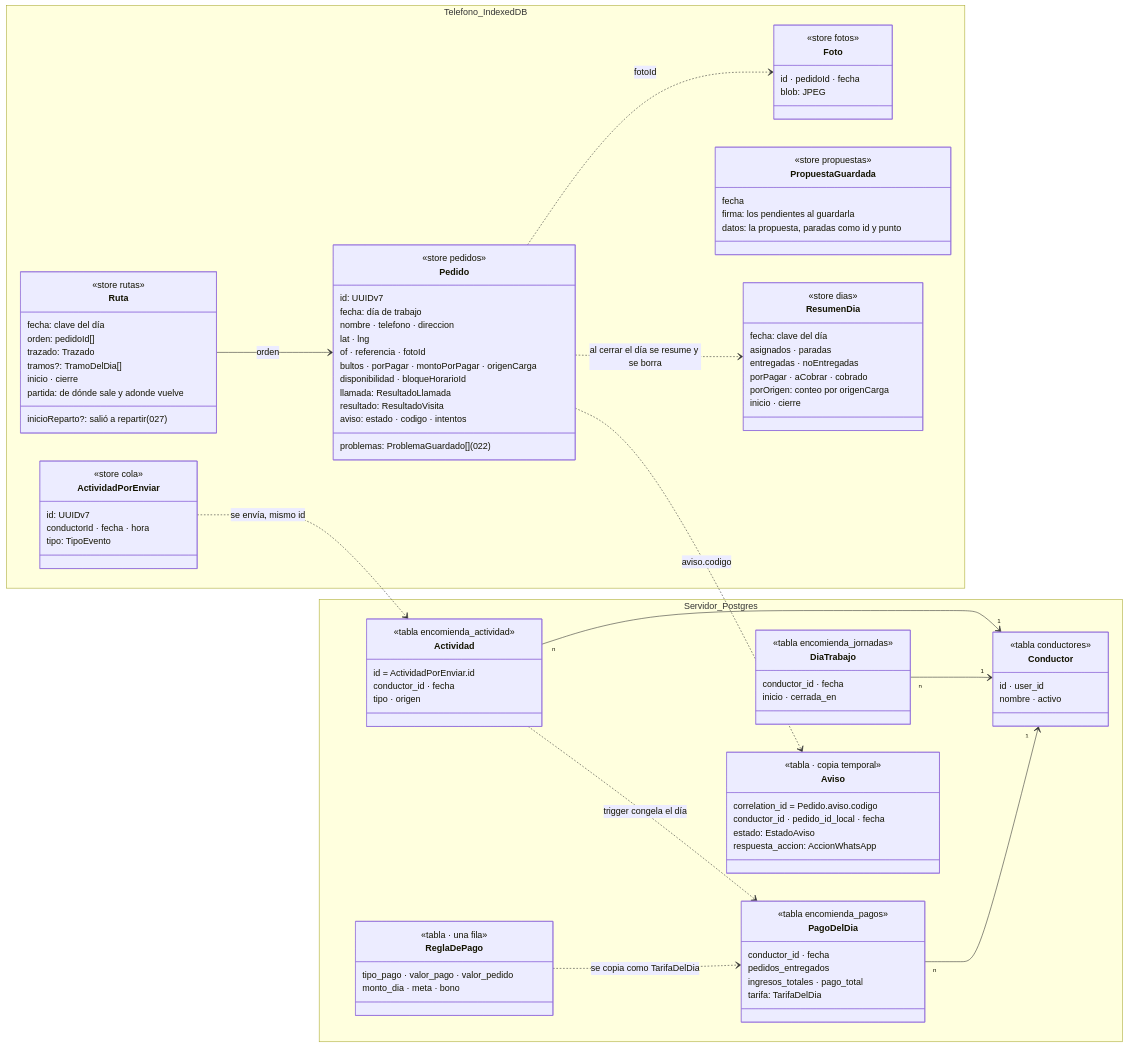
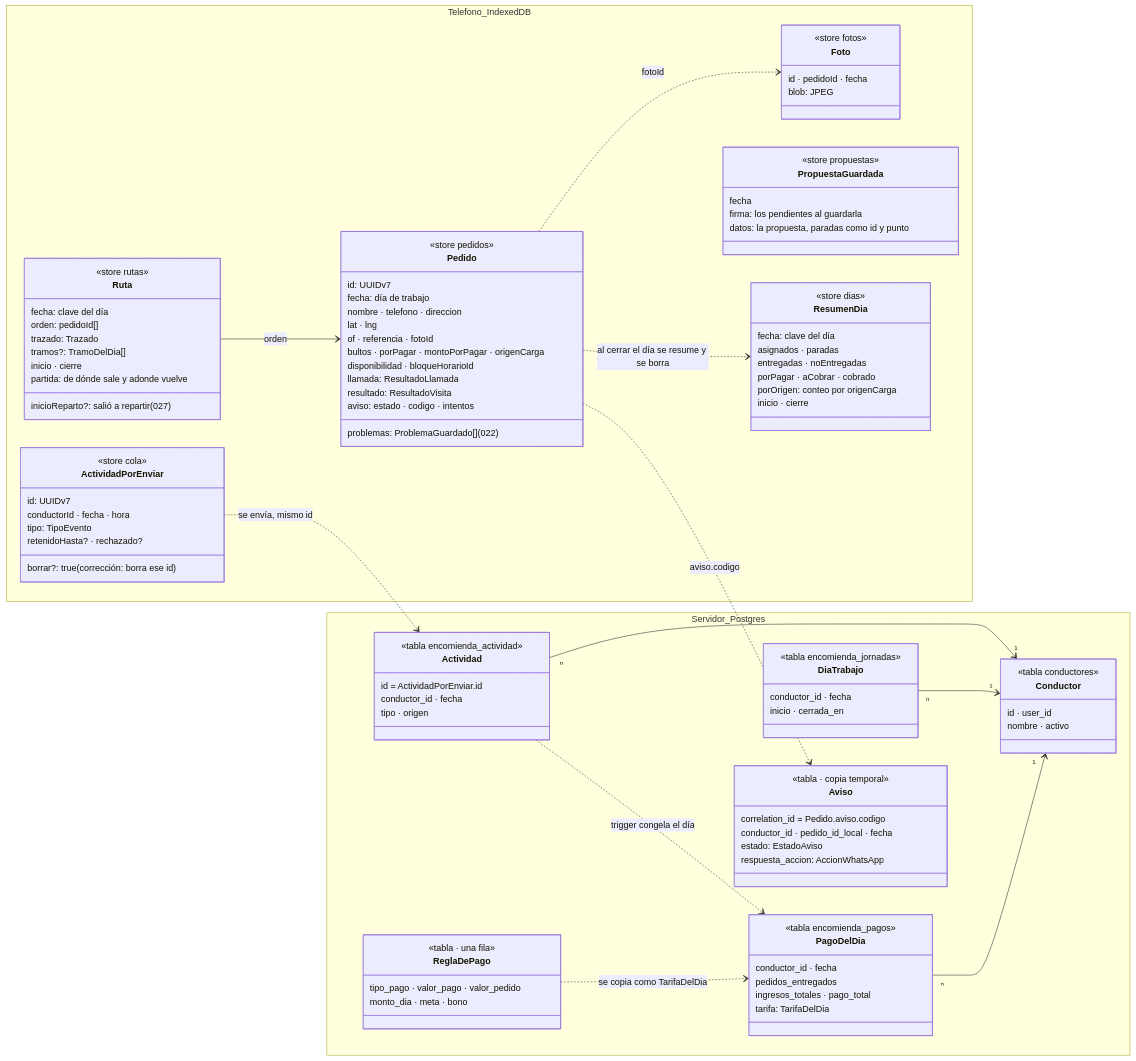
Before and after one commit to etianypr/ProyectoAres: the first of 3 diagrams in docs/CLASES.md, drawn with Mermaid. The commit also changed other lines of this file and 142 other files, not shown here.

```diff
--- a/docs/CLASES.md
+++ b/docs/CLASES.md
@@ -65,6 +65,8 @@
       id: UUIDv7
       conductorId · fecha · hora
       tipo: TipoEvento
+      retenidoHasta? · rechazado?
+      borrar?: true (corrección: borra ese id)
     }
     class Foto {
       <<store fotos>>
```
